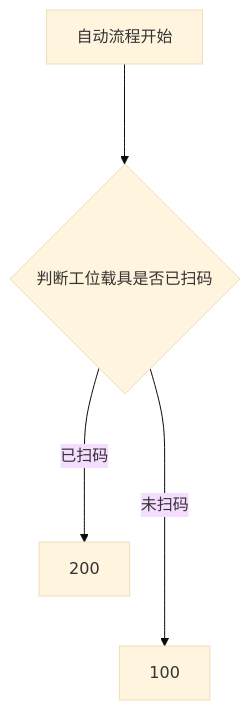
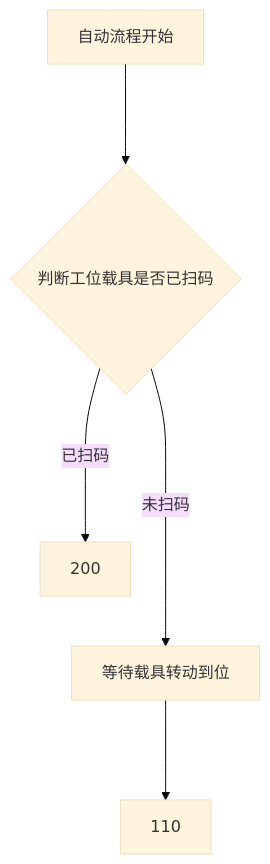
The diagram in all/OP70工位2短回流工位.md (zmq000/iodraw-files), drawn with Mermaid (base theme) before and after one commit.

Commit message:
2026-06-17 15:51:41 update

````diff
--- a/all/OP70工位2短回流工位.md
+++ b/all/OP70工位2短回流工位.md
@@ -1,9 +1,10 @@
 ```mermaid
 graph TD
 自动流程开始--->
 10{判断工位载具是否已扫码}--->|已扫码|200
 10---->|未扫码|100
-100
+100[等待载具转动到位]--->110
+
 
   
 ```
````
